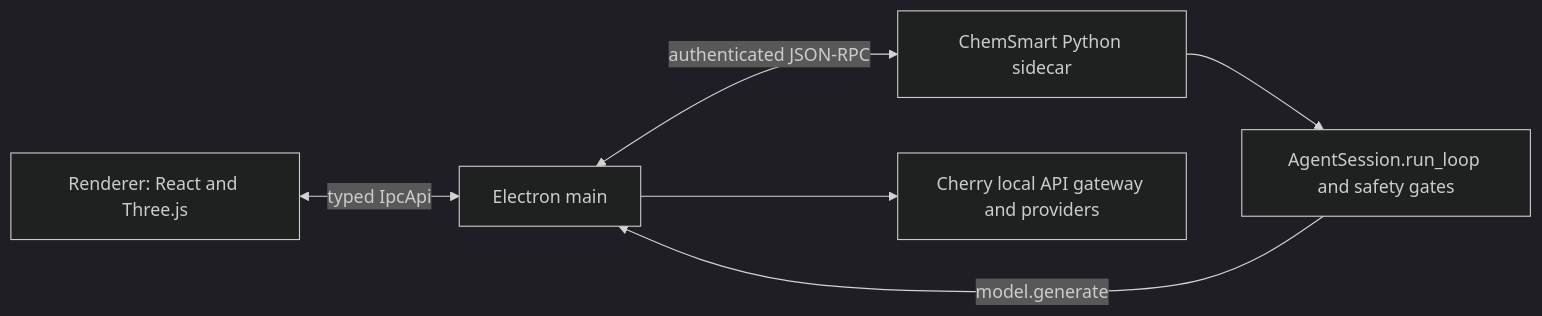
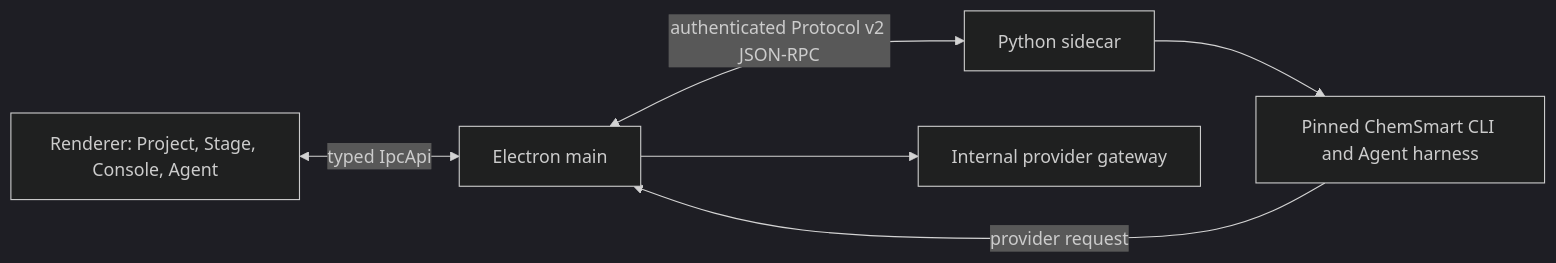
One commit to Hongjiseung-ROK/chemsmart-studio changed the diagram in docs/architecture/chemsmart-studio-architecture.md. Above: the diagram before and after it, drawn with Mermaid (dark theme). The commit also changed other lines of this file and 26 other files, not shown here.

Commit message:
docs(studio-skill): consolidate ChemSmart development guidance

````diff
--- a/docs/architecture/chemsmart-studio-architecture.md
+++ b/docs/architecture/chemsmart-studio-architecture.md
@@ -12,8 +14,8 @@
 ```mermaid
 flowchart LR
-    R["Renderer: React and Three.js"] <-->|"typed IpcApi"| M["Electron main"]
-    M <-->|"authenticated JSON-RPC"| P["ChemSmart Python sidecar"]
-    P --> A["AgentSession.run_loop and safety gates"]
-    A -->|"model.generate"| M
-    M --> G["Cherry local API gateway and providers"]
+    R["Renderer: Project, Stage, Console, Agent"] <-->|"typed IpcApi"| M["Electron main"]
+    M <-->|"authenticated Protocol v2 JSON-RPC"| P["Python sidecar"]
+    P --> C["Pinned ChemSmart CLI and Agent harness"]
+    C -->|"provider request"| M
+    M --> G["Internal provider gateway"]
 ```
````
